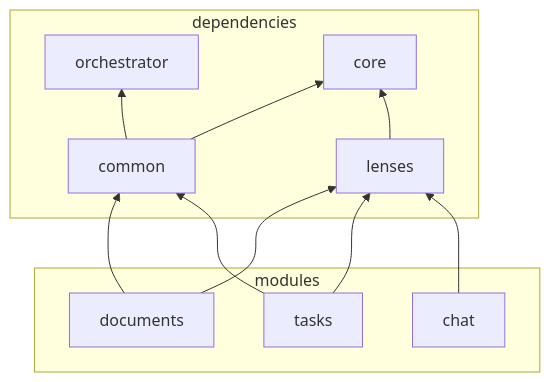
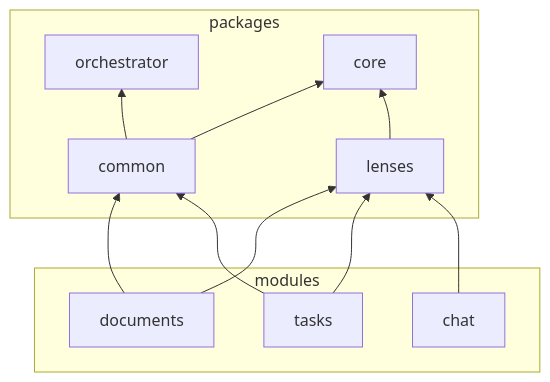
The first of 2 diagrams in Modules.md (uprtcl/js-uprtcl), drawn with Mermaid before and after one commit. The commit also changed other lines of this file and 14 other files, not shown here.

````diff
--- a/Modules.md
+++ b/Modules.md
@@ -3,15 +3,15 @@
 ```mermaid
 graph BT
-  subgraph dependencies
+  subgraph packages
   common-->orchestrator
   common-->core
   lenses-->core
   end
   subgraph modules
   documents-->common
   documents-->lenses
   tasks-->common
   tasks-->lenses
   chat-->lenses
   end
 ```
````
